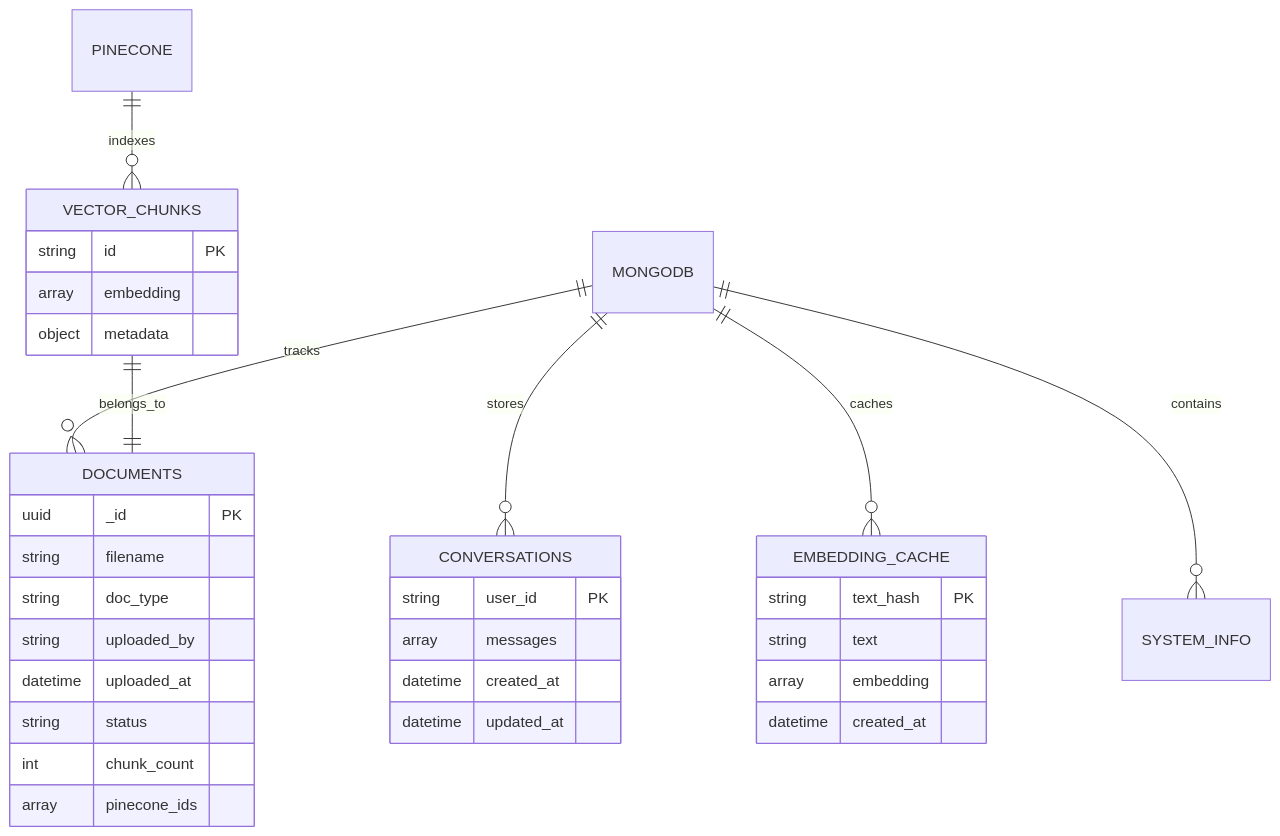
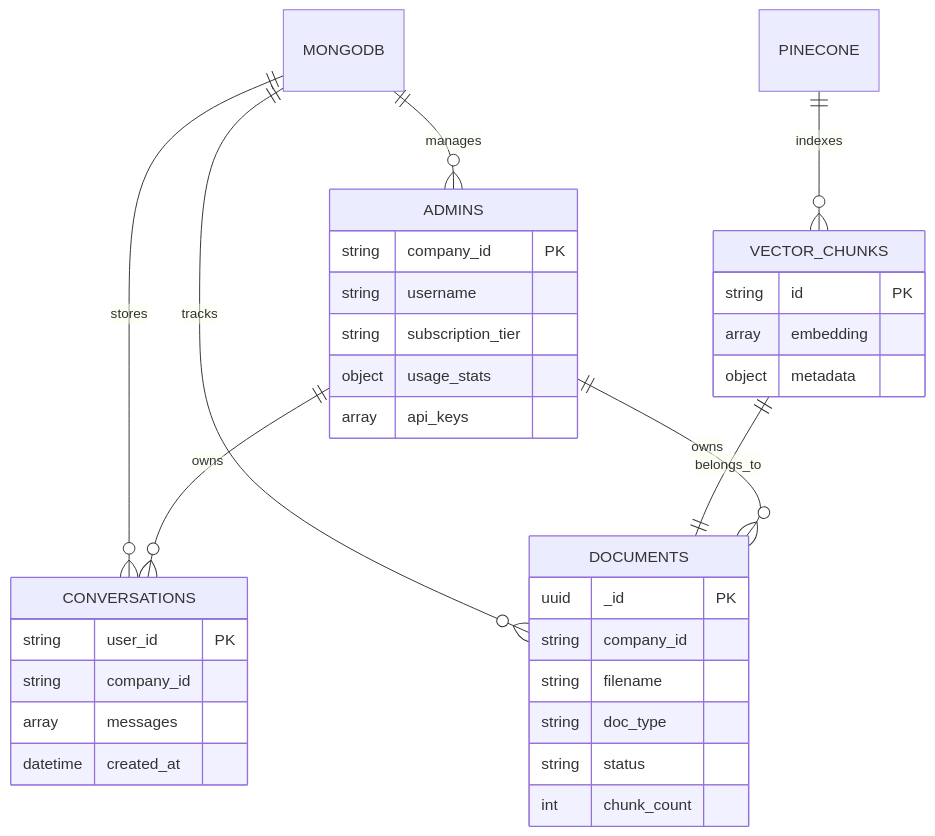
One commit to ShantanuV2709/CORPWISE changed the fifth of 18 diagrams in project_workflow.md. Above: the diagram before and after it, drawn with Mermaid. The commit also changed other lines of this file and 64 other files, not shown here.

````diff
--- a/project_workflow.md
+++ b/project_workflow.md
@@ -286,42 +287,42 @@
 ```mermaid
 erDiagram
     MONGODB ||--o{ CONVERSATIONS : stores
     MONGODB ||--o{ DOCUMENTS : tracks
-    MONGODB ||--o{ EMBEDDING_CACHE : caches
-    MONGODB ||--o{ SYSTEM_INFO : contains
+    MONGODB ||--o{ ADMINS : manages
     
     PINECONE ||--o{ VECTOR_CHUNKS : indexes
     
     CONVERSATIONS {
         string user_id PK
+        string company_id
         array messages
         datetime created_at
-        datetime updated_at
+    }
+    
+    ADMINS {
+        string company_id PK
+        string username
+        string subscription_tier
+        object usage_stats
+        array api_keys
     }
     
     DOCUMENTS {
         uuid _id PK
+        string company_id
         string filename
         string doc_type
-        string uploaded_by
-        datetime uploaded_at
         string status
         int chunk_count
-        array pinecone_ids
-    }
-    
-    EMBEDDING_CACHE {
-        string text_hash PK
-        string text
-        array embedding
-        datetime created_at
     }
     
     VECTOR_CHUNKS {
         string id PK
         array embedding
         object metadata
     }
     
     VECTOR_CHUNKS ||--|| DOCUMENTS : belongs_to
+    ADMINS ||--o{ DOCUMENTS : owns
+    ADMINS ||--o{ CONVERSATIONS : owns
 ```
````
